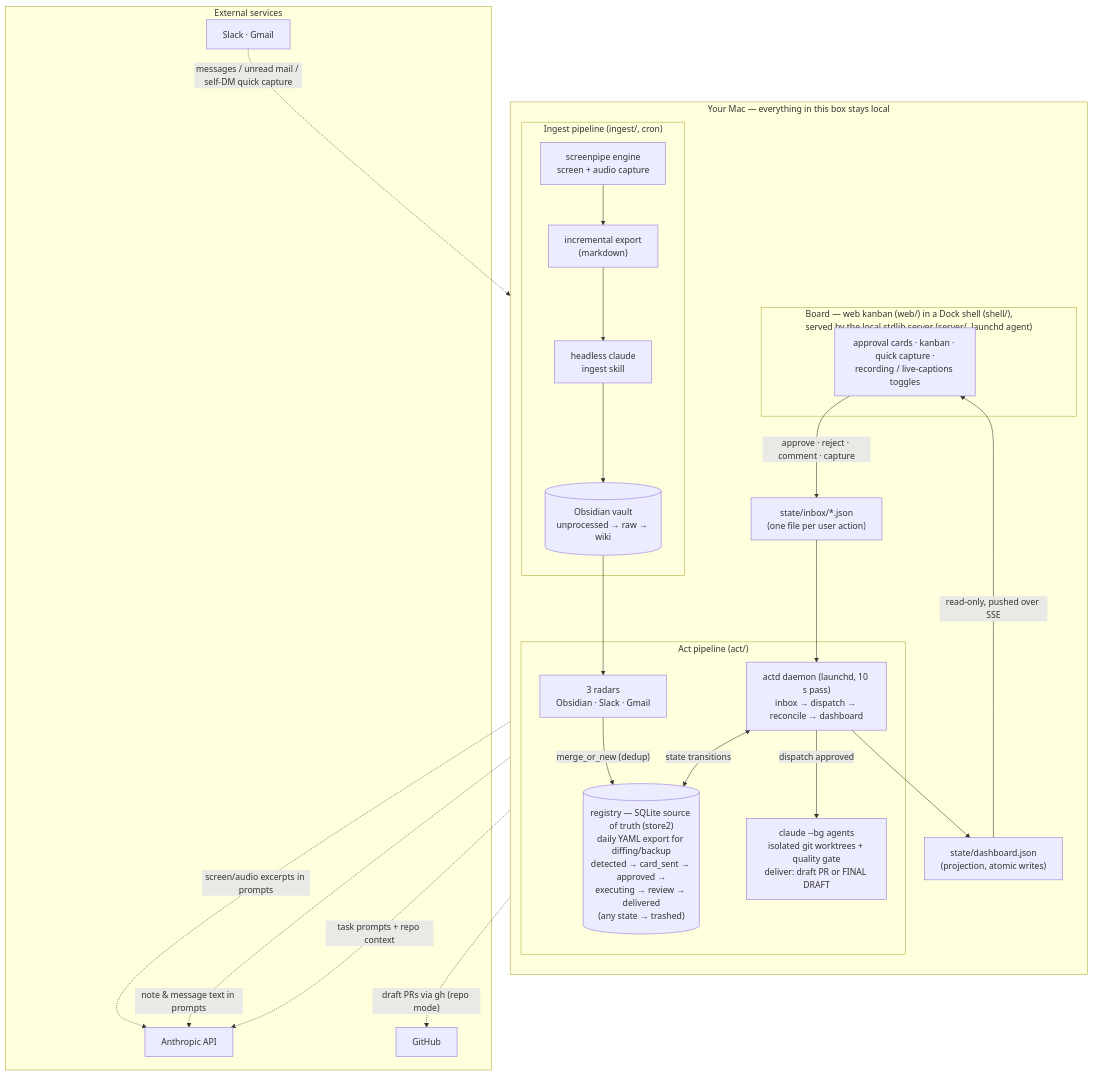
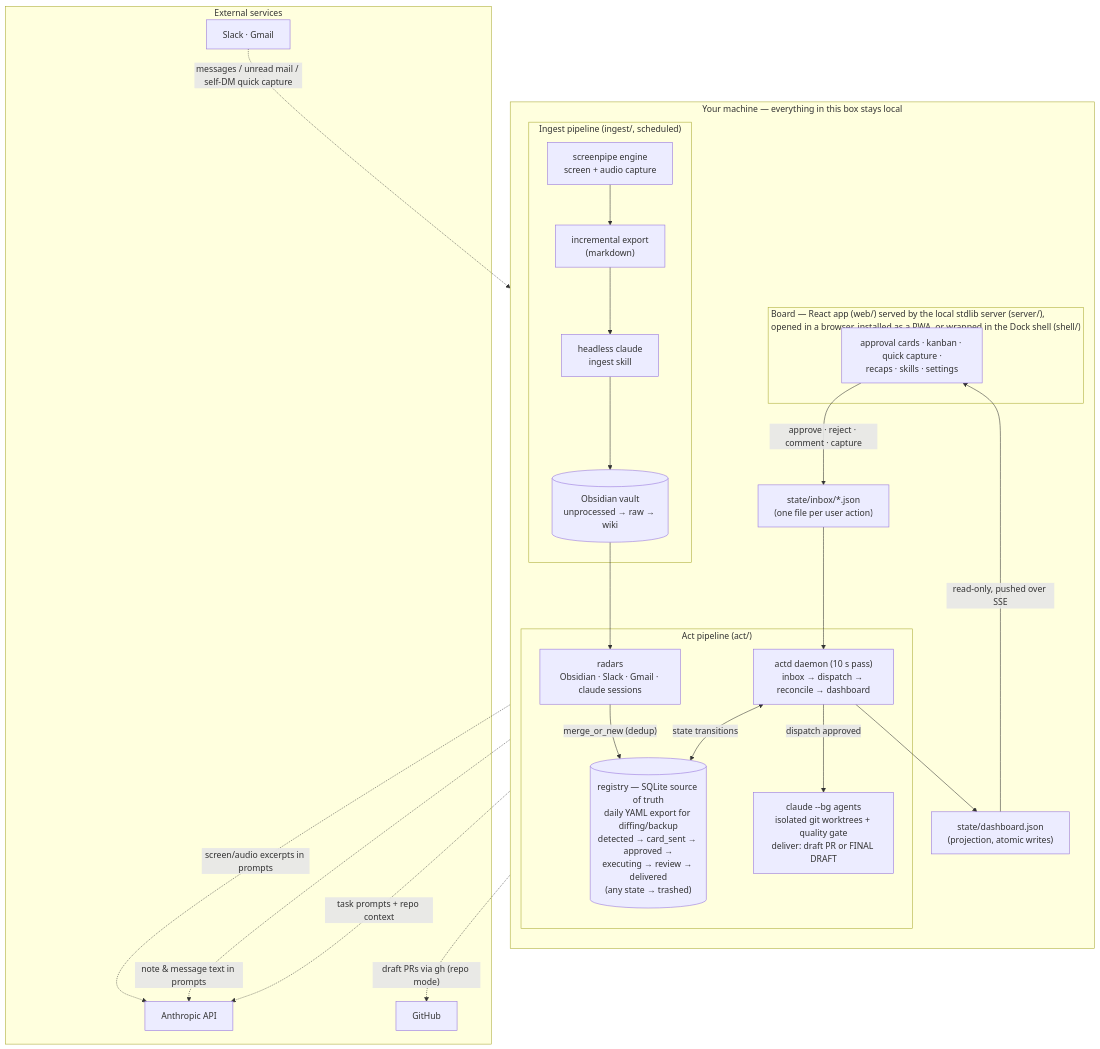
One commit to Wan-ZL/zelin-ai-assistant changed the diagram in README.md. Above: the diagram before and after it, drawn with Mermaid. The commit also changed other lines of this file and 8 other files, not shown here.

````diff
--- a/README.md
+++ b/README.md
@@ -35,48 +31,48 @@
 ```mermaid
 flowchart TB
-    subgraph MAC["Your Mac — everything in this box stays local"]
+    subgraph MAC["Your machine — everything in this box stays local"]
         direction TB
 
-        subgraph INGEST["Ingest pipeline (ingest/, cron)"]
+        subgraph INGEST["Ingest pipeline (ingest/, scheduled)"]
             SP["screenpipe engine<br/>screen + audio capture"] --> EXP["incremental export<br/>(markdown)"]
             EXP --> DISTILL["headless claude<br/>ingest skill"]
             DISTILL --> VAULT[("Obsidian vault<br/>unprocessed → raw → wiki")]
         end
 
         subgraph ACTP["Act pipeline (act/)"]
-            RADARS["3 radars<br/>Obsidian · Slack · Gmail"]
-            REG[("registry — SQLite source of truth (store2)<br/>daily YAML export for diffing/backup<br/>detected → card_sent → approved →<br/>executing → review → delivered<br/>(any state → trashed)")]
-            ACTD["actd daemon (launchd, 10 s pass)<br/>inbox → dispatch → reconcile → dashboard"]
+            RADARS["radars<br/>Obsidian · Slack · Gmail · claude sessions"]
+            REG[("registry — SQLite source of truth<br/>daily YAML export for diffing/backup<br/>detected → card_sent → approved →<br/>executing → review → delivered<br/>(any state → trashed)")]
+            ACTD["actd daemon (10 s pass)<br/>inbox → dispatch → reconcile → dashboard"]
             AGENTS["claude --bg agents<br/>isolated git worktrees + quality gate<br/>deliver: draft PR or FINAL DRAFT"]
             RADARS -->|"merge_or_new (dedup)"| REG
             ACTD <-->|"state transitions"| REG
             ACTD -->|"dispatch approved"| AGENTS
         end
 
         VAULT --> RADARS
 
         DASH["state/dashboard.json<br/>(projection, atomic writes)"]
         INBOX["state/inbox/*.json<br/>(one file per user action)"]
 
-        subgraph APP["Board — web kanban (web/) in a Dock shell (shell/),<br/>served by the local stdlib server (server/, launchd agent)"]
-            UI["approval cards · kanban · quick capture ·<br/>recording / live-captions toggles"]
+        subgraph APP["Board — React app (web/) served by the local stdlib server (server/),<br/>opened in a browser, installed as a PWA, or wrapped in the Dock shell (shell/)"]
+            UI["approval cards · kanban · quick capture ·<br/>recaps · skills · settings"]
         end
 
         ACTD --> DASH
         DASH -->|"read-only, pushed over SSE"| UI
         UI -->|"approve · reject · comment · capture"| INBOX
         INBOX --> ACTD
     end
 
     subgraph EXT["External services"]
         ANTH["Anthropic API"]
         GH["GitHub"]
         SRC["Slack · Gmail"]
     end
 
     DISTILL -.->|"screen/audio excerpts in prompts"| ANTH
     RADARS -.->|"note & message text in prompts"| ANTH
     AGENTS -.->|"task prompts + repo context"| ANTH
     AGENTS -.->|"draft PRs via gh (repo mode)"| GH
     SRC -.->|"messages / unread mail / self-DM quick capture"| RADARS
 ```
````
